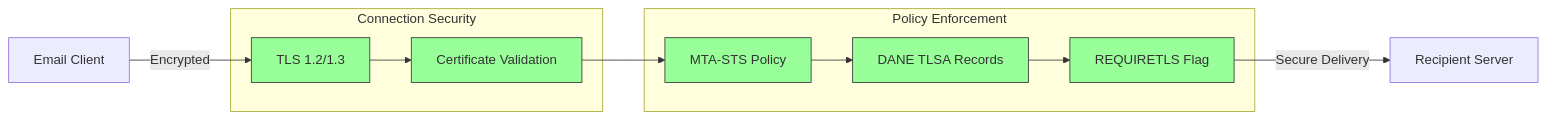
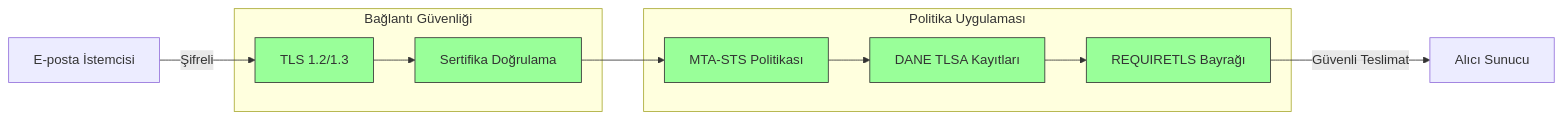
The sixth of 16 diagrams in app/views/docs/email-protocols-rfc-compliance-imap-smtp-pop3-comparison/index-tr.md (forwardemail/forwardemail.net), drawn with Mermaid before and after one commit. The commit also changed other lines of this file and 1055 other files, not shown here.

````diff
--- a/app/views/docs/email-protocols-rfc-compliance-imap-smtp-pop3-comparison/index-tr.md
+++ b/app/views/docs/email-protocols-rfc-compliance-imap-smtp-pop3-comparison/index-tr.md
@@ -781,26 +778,26 @@
 ```mermaid
 graph LR
-    subgraph "Connection Security"
+    subgraph "Bağlantı Güvenliği"
         TLS[TLS 1.2/1.3]
-        CERT[Certificate Validation]
+        CERT[Sertifika Doğrulama]
     end
 
-    subgraph "Policy Enforcement"
-        MTASTS[MTA-STS Policy]
-        DANE[DANE TLSA Records]
-        REQTLS[REQUIRETLS Flag]
+    subgraph "Politika Uygulaması"
+        MTASTS[MTA-STS Politikası]
+        DANE[DANE TLSA Kayıtları]
+        REQTLS[REQUIRETLS Bayrağı]
     end
 
-    Client[Email Client] -->|Encrypted| TLS
+    Client[E-posta İstemcisi] -->|Şifreli| TLS
     TLS --> CERT
     CERT --> MTASTS
     MTASTS --> DANE
     DANE --> REQTLS
-    REQTLS -->|Secure Delivery| Server[Recipient Server]
+    REQTLS -->|Güvenli Teslimat| Server[Alıcı Sunucu]
 
     style TLS fill:#9f9,stroke:#333
     style CERT fill:#9f9,stroke:#333
     style MTASTS fill:#9f9,stroke:#333
     style DANE fill:#9f9,stroke:#333
     style REQTLS fill:#9f9,stroke:#333
 ```
````
